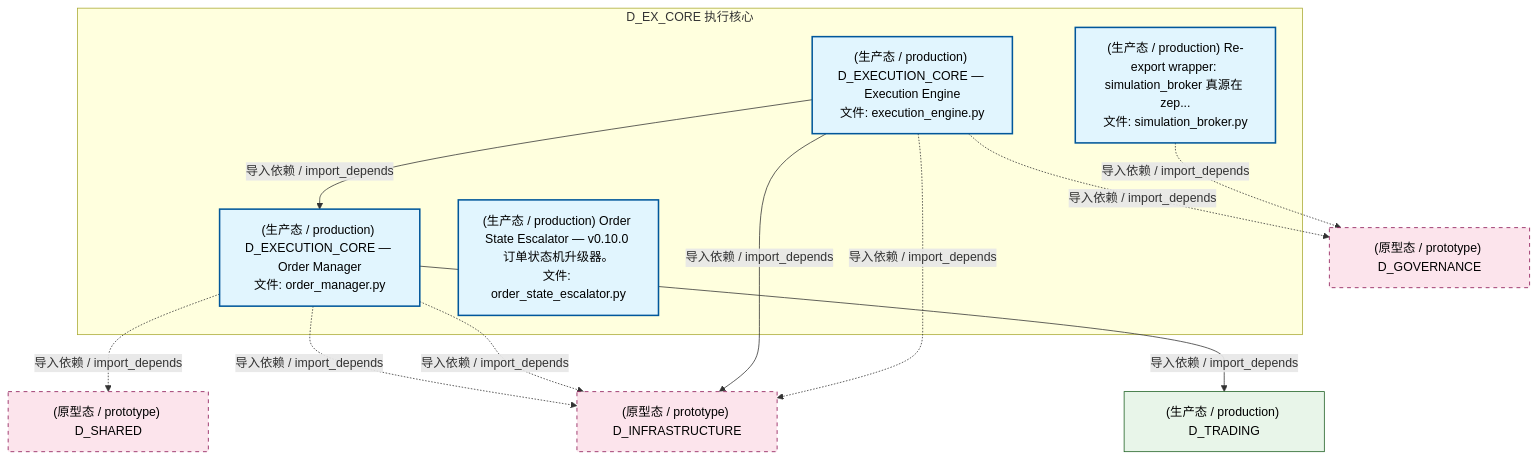
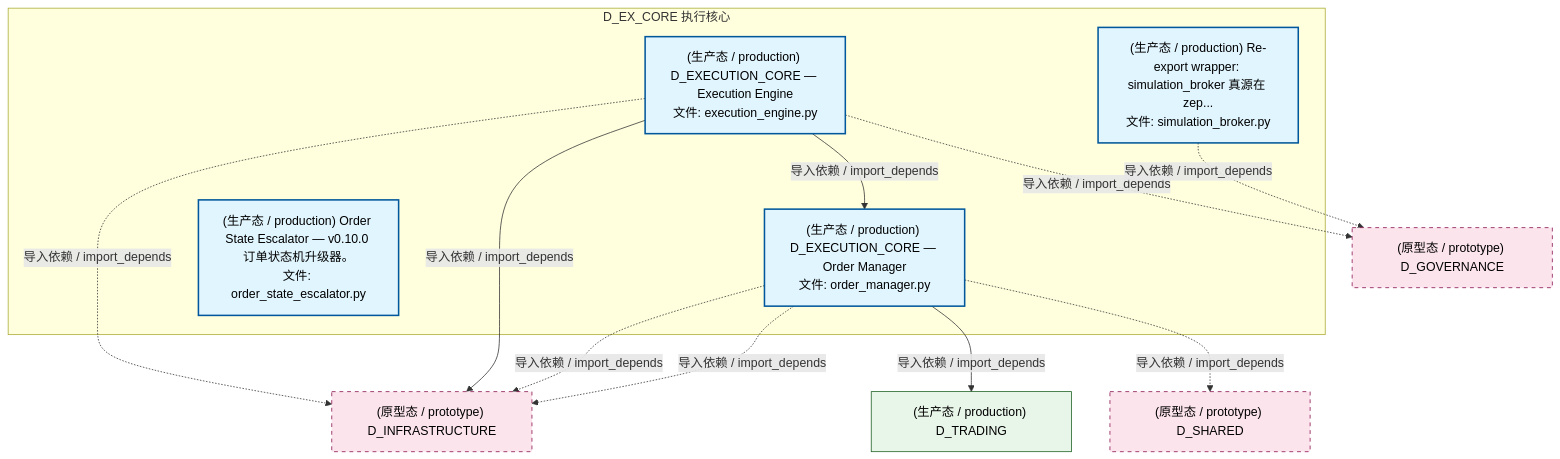
The second of 5 diagrams in docs/02_enterprise_architecture/02_domain_architecture_docs/34_d_ex_core.md (xuanFelixVan/ZephyrAlpha), drawn with Mermaid before and after one commit. The commit also changed other lines of this file and 101 other files, not shown here.

````diff
--- a/docs/02_enterprise_architecture/02_domain_architecture_docs/34_d_ex_core.md
+++ b/docs/02_enterprise_architecture/02_domain_architecture_docs/34_d_ex_core.md
@@ -126,29 +126,29 @@
 ```mermaid
 graph TD
     subgraph D_EX_CORE["D_EX_CORE 执行核心"]
         src_zephyr_ex_core_adapters_simulation_broker_py["(生产态 / production) Re-export wrapper: simulation_broker 真源在 zep...<br/>文件: simulation_broker.py"]
         src_zephyr_ex_core_execution_engine_py["(生产态 / production) D_EXECUTION_CORE — Execution Engine<br/>文件: execution_engine.py"]
         src_zephyr_ex_core_order_manager_py["(生产态 / production) D_EXECUTION_CORE — Order Manager<br/>文件: order_manager.py"]
         src_zephyr_governance_escalation_order_state_escalator_py["(生产态 / production) Order State Escalator — v0.10.0 订单状态机升级器。<br/>文件: order_state_escalator.py"]
     end
     src_zephyr_ex_core_execution_engine_py -->|导入依赖 / import_depends| src_zephyr_ex_core_order_manager_py
-    D_SHARED["(原型态 / prototype) D_SHARED"]
-    src_zephyr_ex_core_order_manager_py -.->|导入依赖 / import_depends| D_SHARED
     D_INFRASTRUCTURE["(原型态 / prototype) D_INFRASTRUCTURE"]
+    src_zephyr_ex_core_execution_engine_py -.->|导入依赖 / import_depends| D_INFRASTRUCTURE
+    D_GOVERNANCE["(原型态 / prototype) D_GOVERNANCE"]
+    src_zephyr_ex_core_execution_engine_py -.->|导入依赖 / import_depends| D_GOVERNANCE
+    src_zephyr_ex_core_execution_engine_py -->|导入依赖 / import_depends| D_INFRASTRUCTURE
     src_zephyr_ex_core_order_manager_py -.->|导入依赖 / import_depends| D_INFRASTRUCTURE
     D_TRADING["(生产态 / production) D_TRADING"]
     src_zephyr_ex_core_order_manager_py -->|导入依赖 / import_depends| D_TRADING
     src_zephyr_ex_core_order_manager_py -.->|导入依赖 / import_depends| D_INFRASTRUCTURE
-    src_zephyr_ex_core_execution_engine_py -->|导入依赖 / import_depends| D_INFRASTRUCTURE
-    D_GOVERNANCE["(原型态 / prototype) D_GOVERNANCE"]
-    src_zephyr_ex_core_execution_engine_py -.->|导入依赖 / import_depends| D_GOVERNANCE
-    src_zephyr_ex_core_execution_engine_py -.->|导入依赖 / import_depends| D_INFRASTRUCTURE
+    D_SHARED["(原型态 / prototype) D_SHARED"]
+    src_zephyr_ex_core_order_manager_py -.->|导入依赖 / import_depends| D_SHARED
     src_zephyr_ex_core_adapters_simulation_broker_py -.->|导入依赖 / import_depends| D_GOVERNANCE
     classDef production fill:#e1f5fe,stroke:#01579b,stroke-width:2px,color:#000
     classDef design fill:#fff3e0,stroke:#e65100,stroke-width:2px,color:#000,stroke-dasharray: 5 5
     classDef external_prod fill:#e8f5e9,stroke:#1b5e20,stroke-width:1px,color:#000
     classDef external_design fill:#fce4ec,stroke:#880e4f,stroke-width:1px,color:#000,stroke-dasharray: 5 5
     class src_zephyr_ex_core_adapters_simulation_broker_py,src_zephyr_ex_core_execution_engine_py,src_zephyr_ex_core_order_manager_py,src_zephyr_governance_escalation_order_state_escalator_py production
     class D_TRADING external_prod
-    class D_SHARED,D_INFRASTRUCTURE,D_GOVERNANCE external_design
+    class D_INFRASTRUCTURE,D_GOVERNANCE,D_SHARED external_design
 ```
````
